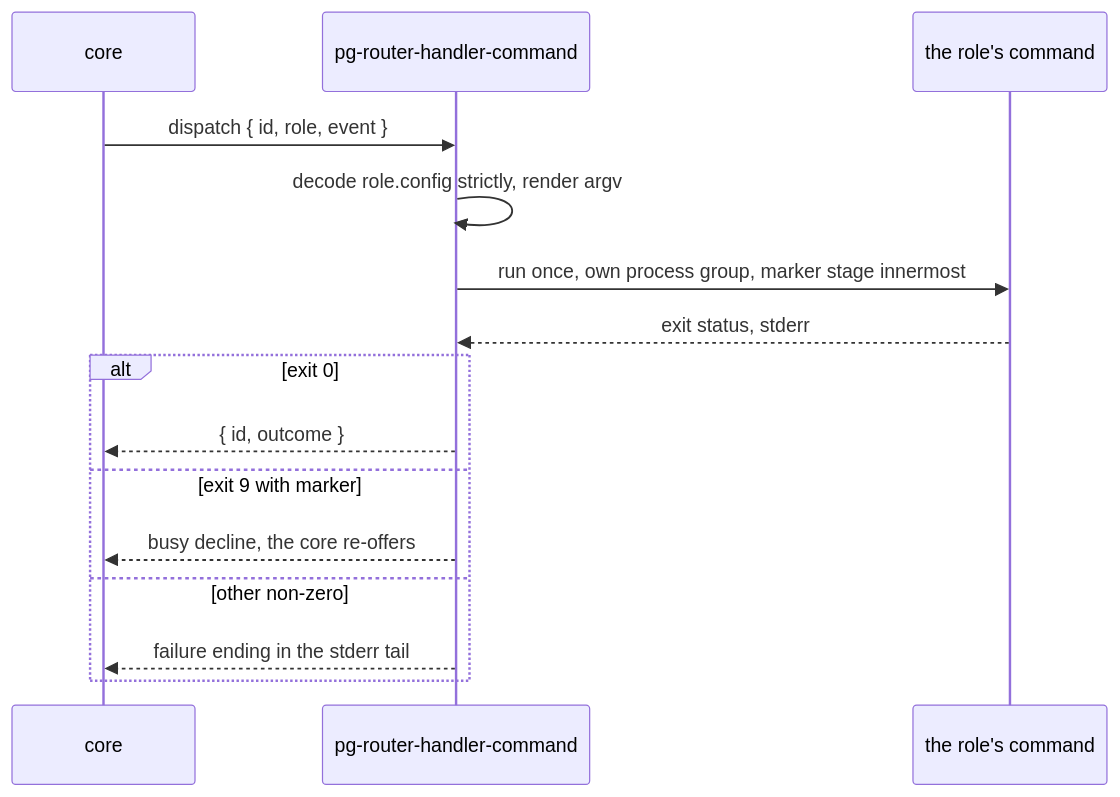
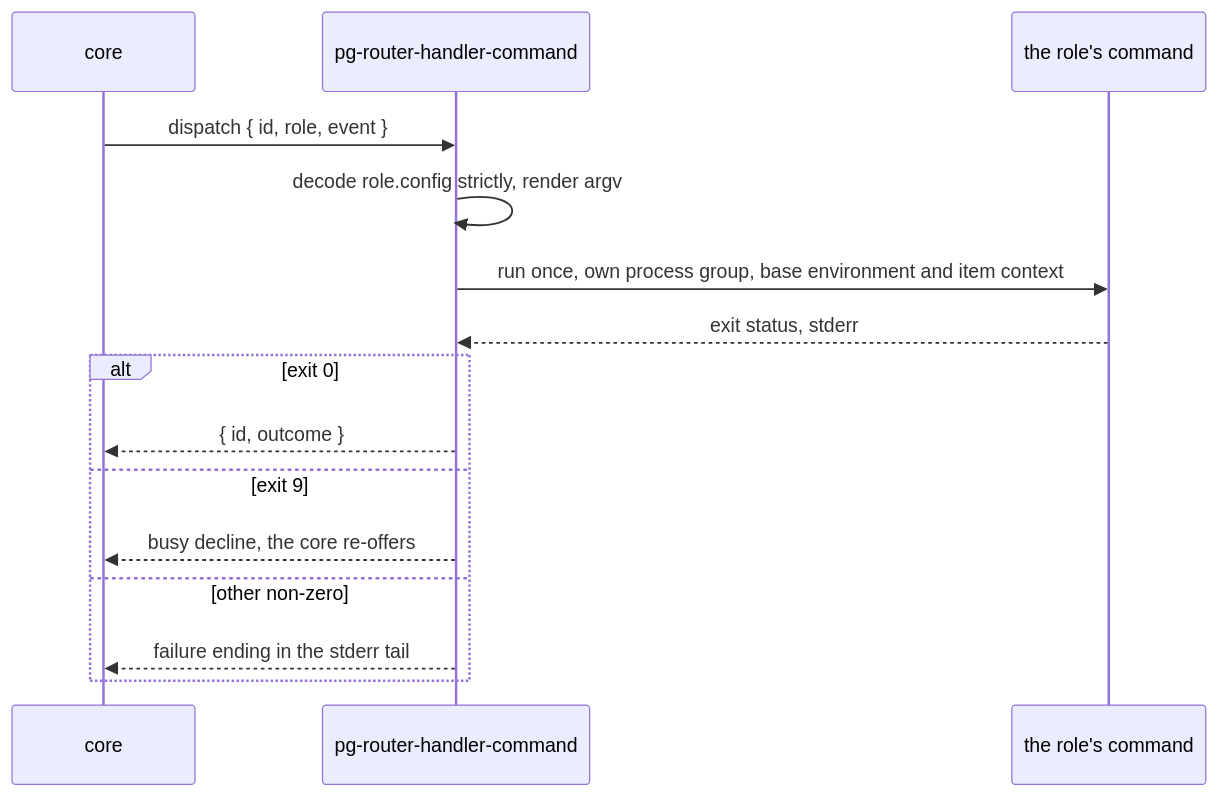
The diagram in packages/pg-router-ccpool-handler/docs/behavior/pg-router-handler-command/journeys.md (phillipgreenii/nix-agent-support), drawn with Mermaid before and after one commit. The commit also changed other lines of this file and 18 other files, not shown here.

````diff
--- a/packages/pg-router-ccpool-handler/docs/behavior/pg-router-handler-command/journeys.md
+++ b/packages/pg-router-ccpool-handler/docs/behavior/pg-router-handler-command/journeys.md
@@ -47,17 +48,17 @@
 ```mermaid
 sequenceDiagram
     participant Core as core
     participant A as pg-router-handler-command
     participant P as the role's command
     Core->>A: dispatch { id, role, event }
     A->>A: decode role.config strictly, render argv
-    A->>P: run once, own process group, marker stage innermost
+    A->>P: run once, own process group, base environment and item context
     P-->>A: exit status, stderr
     alt exit 0
       A-->>Core: { id, outcome }
-    else exit 9 with marker
+    else exit 9
       A-->>Core: busy decline, the core re-offers
     else other non-zero
       A-->>Core: failure ending in the stderr tail
     end
 ```
````
